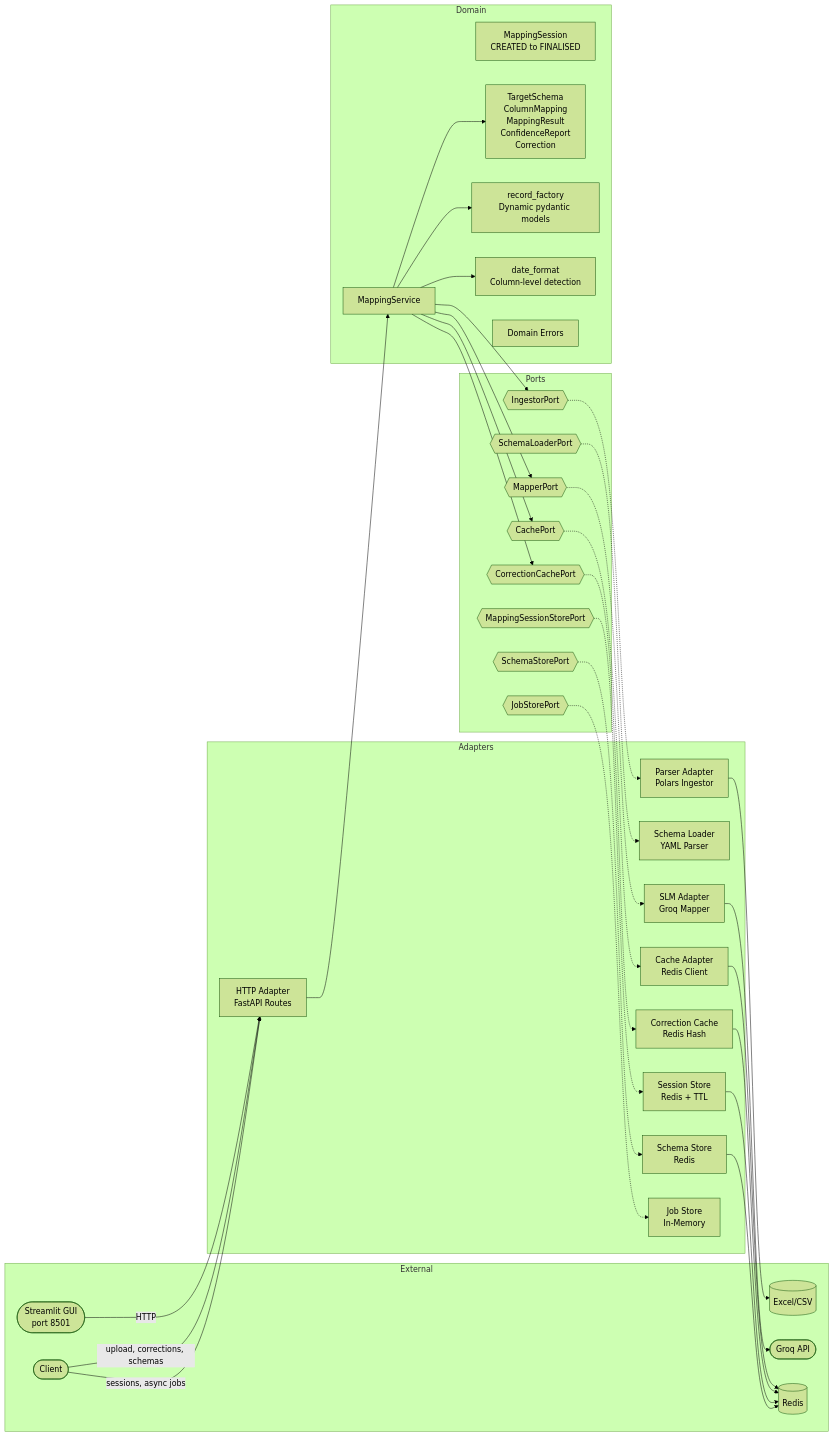
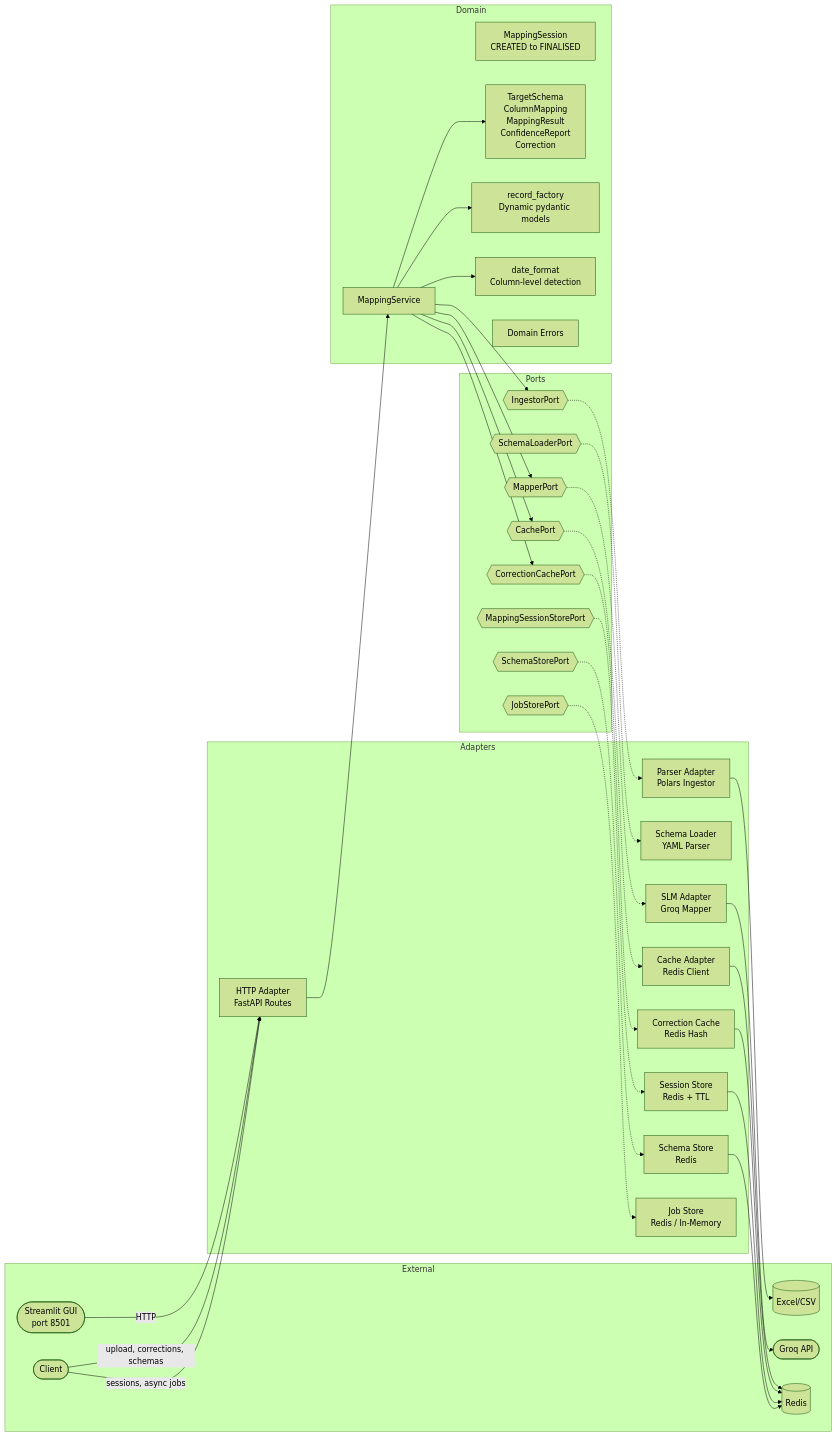
One commit to ricjhill/riskflow changed the diagram in README.md. Above: the diagram before and after it, drawn with Mermaid (forest theme). The commit also changed other lines of this file and 8 other files, not shown here.

````diff
--- a/README.md
+++ b/README.md
@@ -80,68 +80,68 @@
 ```mermaid
 graph LR
     subgraph External
         Client([Client])
         GUI([Streamlit GUI<br>port 8501])
         Excel[(Excel/CSV)]
         Groq([Groq API])
         Redis[(Redis)]
     end
 
     subgraph Adapters
         HTTP[HTTP Adapter<br>FastAPI Routes]
         Parser[Parser Adapter<br>Polars Ingestor]
         SchemaLoader[Schema Loader<br>YAML Parser]
         SLM[SLM Adapter<br>Groq Mapper]
         Cache[Cache Adapter<br>Redis Client]
         CorrCache[Correction Cache<br>Redis Hash]
         SessionStore[Session Store<br>Redis + TTL]
         SchemaStore[Schema Store<br>Redis]
-        JobStore[Job Store<br>In-Memory]
+        JobStore[Job Store<br>Redis / In-Memory]
     end
 
     subgraph Ports
         IngestorPort{{IngestorPort}}
         MapperPort{{MapperPort}}
         CachePort{{CachePort}}
         CorrectionCachePort{{CorrectionCachePort}}
         SessionStorePort{{MappingSessionStorePort}}
         SchemaStorePort{{SchemaStorePort}}
         JobStorePort{{JobStorePort}}
         SchemaLoaderPort{{SchemaLoaderPort}}
     end
 
     subgraph Domain
         Service[MappingService]
         Session[MappingSession<br>CREATED to FINALISED]
         Models[TargetSchema<br>ColumnMapping<br>MappingResult<br>ConfidenceReport<br>Correction]
         RecordFactory[record_factory<br>Dynamic pydantic models]
         DateFormat[date_format<br>Column-level detection]
         Errors[Domain Errors]
     end
 
     GUI -->|HTTP| HTTP
     Client -->|upload, corrections, schemas| HTTP
     Client -->|sessions, async jobs| HTTP
     HTTP --> Service
     Service --> IngestorPort
     Service --> MapperPort
     Service --> CachePort
     Service --> CorrectionCachePort
     Service --> RecordFactory
     Service --> Models
     Service --> DateFormat
     IngestorPort -.-> Parser
     MapperPort -.-> SLM
     CachePort -.-> Cache
     CorrectionCachePort -.-> CorrCache
     SessionStorePort -.-> SessionStore
     SchemaStorePort -.-> SchemaStore
     JobStorePort -.-> JobStore
     SchemaLoaderPort -.-> SchemaLoader
     Parser --> Excel
     SLM --> Groq
     Cache --> Redis
     CorrCache --> Redis
     SessionStore --> Redis
     SchemaStore --> Redis
 ```
````
